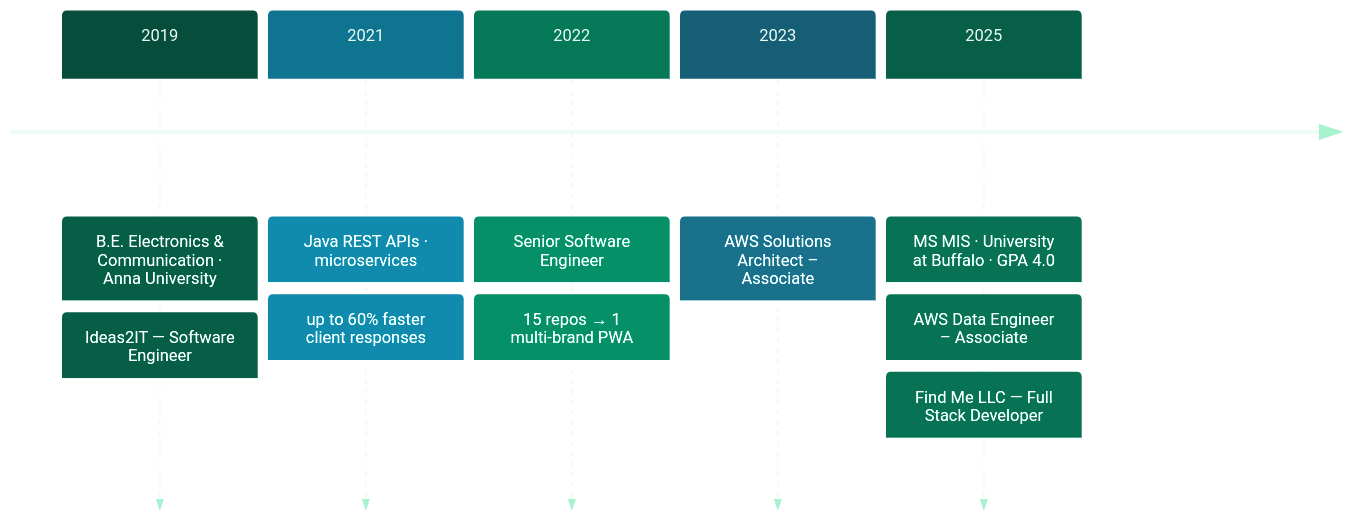
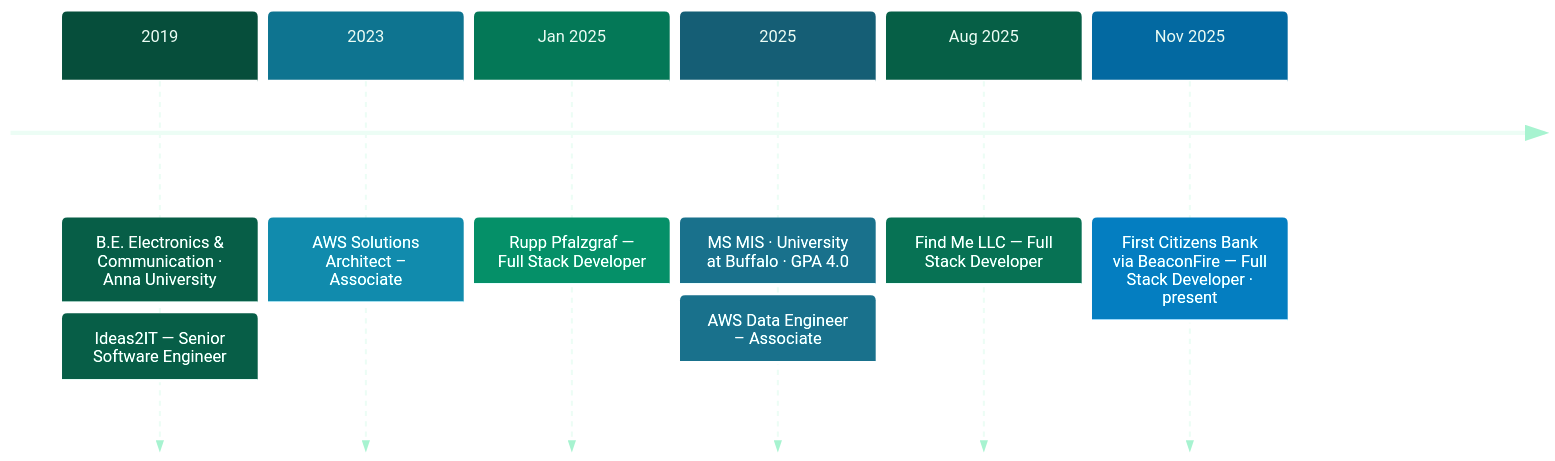
The third of 8 diagrams in README.md (vishnu-ing/vishnu-ing), drawn with Mermaid before and after one commit. The commit also changed other lines of this file, not shown here.

Commit message:
Add full work experience to career journey

````diff
--- a/README.md
+++ b/README.md
@@ -134,9 +134,10 @@
 ```mermaid
 %%{init: {"theme":"base","themeVariables":{"darkMode":true,"background":"#0F172A","git0":"#10B981","gitBranchLabel0":"#0F172A","primaryColor":"#111827","primaryBorderColor":"#10B981","primaryTextColor":"#E2E8F0","secondaryColor":"#064E3B","secondaryBorderColor":"#34D399","secondaryTextColor":"#ECFDF5","tertiaryColor":"#0B1220","tertiaryBorderColor":"#06B6D4","tertiaryTextColor":"#E2E8F0","mainBkg":"#111827","nodeBorder":"#10B981","clusterBkg":"#0B1220","clusterBorder":"#1E293B","lineColor":"#06B6D4","textColor":"#A7F3D0","edgeLabelBackground":"#0F172A","actorBkg":"#111827","actorBorder":"#10B981","actorTextColor":"#E2E8F0","actorLineColor":"#334155","signalColor":"#06B6D4","signalTextColor":"#A7F3D0","labelBoxBkgColor":"#111827","labelBoxBorderColor":"#10B981","labelTextColor":"#E2E8F0","loopTextColor":"#A7F3D0","noteBkgColor":"#064E3B","noteBorderColor":"#34D399","noteTextColor":"#ECFDF5","activationBkgColor":"#047857","activationBorderColor":"#34D399","sequenceNumberColor":"#0F172A","cScale0":"#064E3B","cScaleLabel0":"#ECFDF5","cScalePeer0":"#34D399","cScale1":"#0E7490","cScaleLabel1":"#ECFDF5","cScalePeer1":"#34D399","cScale2":"#047857","cScaleLabel2":"#ECFDF5","cScalePeer2":"#34D399","cScale3":"#155E75","cScaleLabel3":"#ECFDF5","cScalePeer3":"#34D399","cScale4":"#065F46","cScaleLabel4":"#ECFDF5","cScalePeer4":"#34D399","cScale5":"#0369A1","cScaleLabel5":"#ECFDF5","cScalePeer5":"#34D399","cScale6":"#064E3B","cScaleLabel6":"#ECFDF5","cScalePeer6":"#34D399","cScale7":"#0E7490","cScaleLabel7":"#ECFDF5","cScalePeer7":"#34D399","cScale8":"#047857","cScaleLabel8":"#ECFDF5","cScalePeer8":"#34D399","cScale9":"#155E75","cScaleLabel9":"#ECFDF5","cScalePeer9":"#34D399","cScale10":"#065F46","cScaleLabel10":"#ECFDF5","cScalePeer10":"#34D399","cScale11":"#0369A1","cScaleLabel11":"#ECFDF5","cScalePeer11":"#34D399"}}}%%
 timeline
-    2019 : B.E. Electronics & Communication · Anna University : Ideas2IT — Software Engineer
-    2021 : Java REST APIs · microservices : up to 60% faster client responses
-    2022 : Senior Software Engineer : 15 repos → 1 multi-brand PWA
+    2019 : B.E. Electronics & Communication · Anna University : Ideas2IT — Senior Software Engineer
     2023 : AWS Solutions Architect – Associate
-    2025 : MS MIS · University at Buffalo · GPA 4.0 : AWS Data Engineer – Associate : Find Me LLC — Full Stack Developer
+    Jan 2025 : Rupp Pfalzgraf — Full Stack Developer
+    2025 : MS MIS · University at Buffalo · GPA 4.0 : AWS Data Engineer – Associate
+    Aug 2025 : Find Me LLC — Full Stack Developer
+    Nov 2025 : First Citizens Bank via BeaconFire — Full Stack Developer · present
 ```
````
